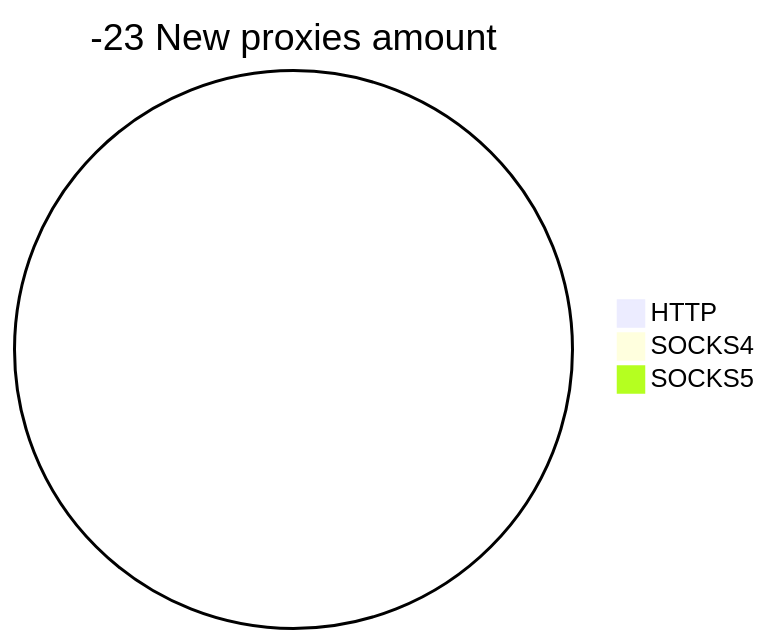
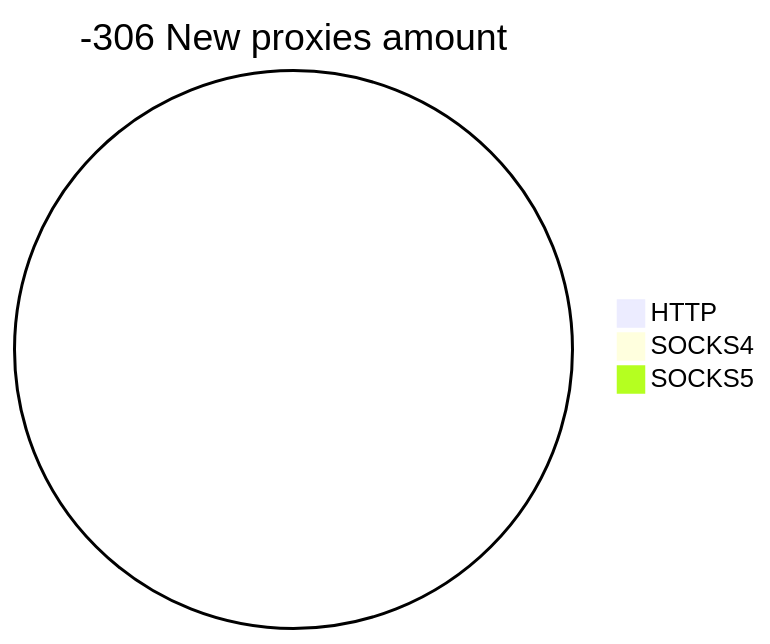
The second of 2 diagrams in README.md (cutipu/proxylist), drawn with Mermaid before and after one commit. The commit also changed other lines of this file, not shown here.

````diff
--- a/README.md
+++ b/README.md
@@ -10,6 +10,6 @@
 ```mermaid
-pie title -23 New proxies amount
+pie title -306 New proxies amount
     "HTTP" : 0
     "SOCKS4" : 0
     "SOCKS5" : 0
 ```
````
